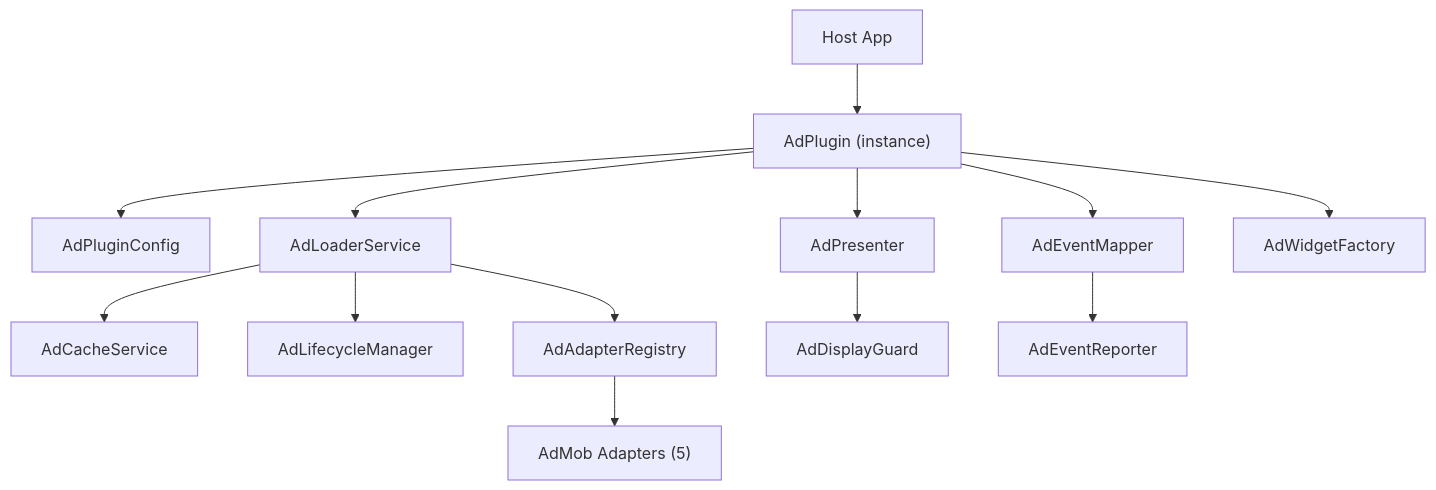
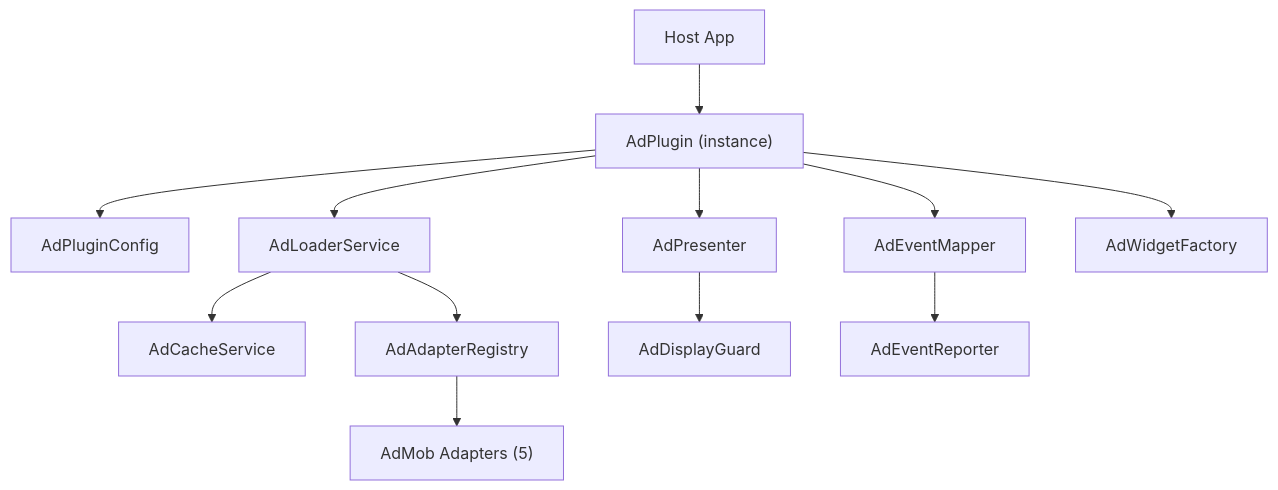
The first of 8 diagrams in README.md (yanmingLiu/flutter_ad_plugin), drawn with Mermaid before and after one commit. The commit also changed other lines of this file and 62 other files, not shown here.

````diff
--- a/README.md
+++ b/README.md
@@ -163,15 +170,14 @@
 ```mermaid
 flowchart TD
   App["Host App"] --> Plugin["AdPlugin (instance)"]
   Plugin --> Config["AdPluginConfig"]
   Plugin --> Loader["AdLoaderService"]
   Plugin --> Presenter["AdPresenter"]
   Presenter --> Guard["AdDisplayGuard"]
   Loader --> Cache["AdCacheService"]
-  Loader --> Lifecycle["AdLifecycleManager"]
   Plugin --> Mapper["AdEventMapper"]
   Mapper --> Reporter["AdEventReporter"]
   Loader --> Registry["AdAdapterRegistry"]
   Registry --> Adapters["AdMob Adapters (5)"]
   Plugin --> WidgetFactory["AdWidgetFactory"]
 ```
````
